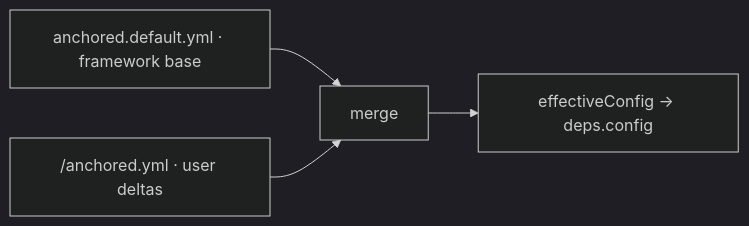
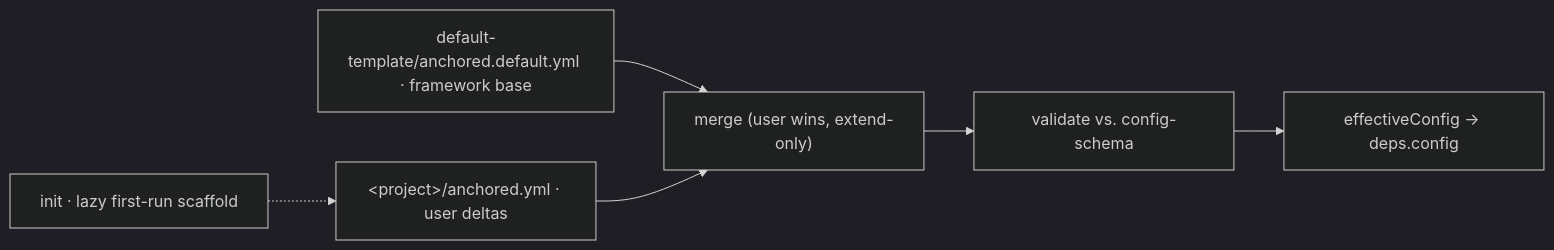
The diagram in docs/core/config/_config.md (chafoo/anchored), drawn with Mermaid (dark theme) before and after one commit. The commit also changed other lines of this file and 65 other files, not shown here.

````diff
--- a/docs/core/config/_config.md
+++ b/docs/core/config/_config.md
@@ -8,6 +15,8 @@
 ```mermaid
 flowchart LR
-    def["anchored.default.yml · framework base"] --> m["merge"]
-    usr["<project>/anchored.yml · user deltas"] --> m
-    m --> eff["effectiveConfig → deps.config"]
+    def["default-template/anchored.default.yml · framework base"] --> mg["merge (user wins, extend-only)"]
+    usr["&lt;project&gt;/anchored.yml · user deltas"] --> mg
+    mg --> val["validate vs. config-schema"]
+    val --> eff["effectiveConfig → deps.config"]
+    init["init · lazy first-run scaffold"] -.-> usr
 ```
````
